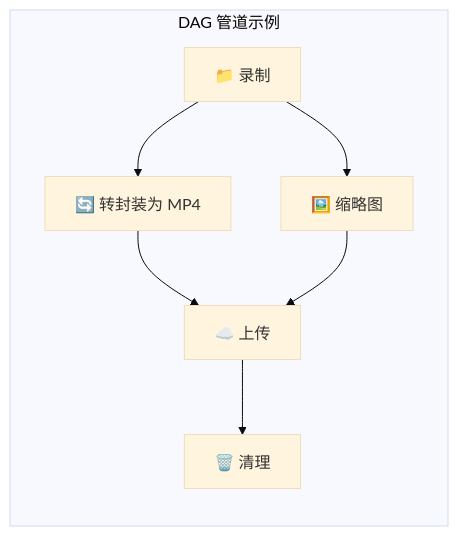
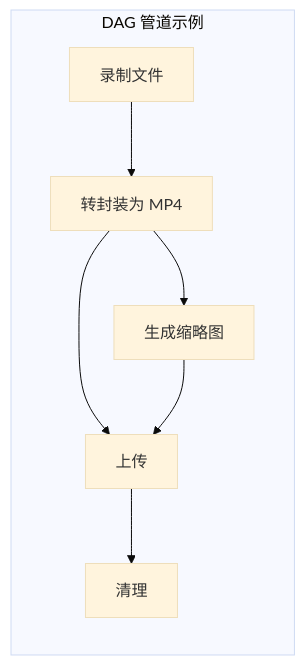
Before and after one commit to hua0512/rust-srec: the first of 4 diagrams in rust-srec/docs/zh/concepts/pipeline.md, drawn with Mermaid (base theme). The commit also changed other lines of this file and 1 other file, not shown here.

````diff
--- a/rust-srec/docs/zh/concepts/pipeline.md
+++ b/rust-srec/docs/zh/concepts/pipeline.md
@@ -9,10 +9,10 @@
 ```mermaid
 flowchart LR
     subgraph DAG["DAG 管道示例"]
-        R[📁 录制] --> REMUX[🔄 转封装为 MP4]
-        R --> THUMB[🖼️ 缩略图]
-        REMUX --> UPLOAD[☁️ 上传]
+        R[录制文件] --> REMUX[转封装为 MP4]
+        REMUX --> THUMB[生成缩略图]
+        REMUX --> UPLOAD[上传]
         THUMB --> UPLOAD
-        UPLOAD --> CLEANUP[🗑️ 清理]
+        UPLOAD --> CLEANUP[清理]
     end
 ```
````
